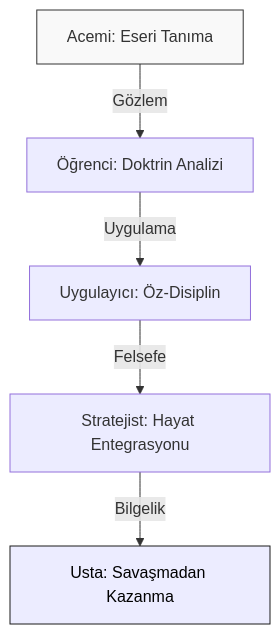
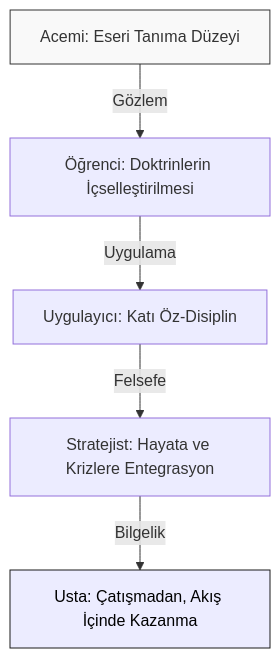
Before and after one commit to arch-yunus/Sun-Tzu-Mastery-The-Art-of-War: the diagram in README.md, drawn with Mermaid. The commit also changed other lines of this file and 1 other file, not shown here.

````diff
--- a/README.md
+++ b/README.md
@@ -39,10 +74,10 @@
 ```mermaid
 graph TD
-    A[Acemi: Eseri Tanıma] -->|Gözlem| B[Öğrenci: Doktrin Analizi]
-    B -->|Uygulama| C[Uygulayıcı: Öz-Disiplin]
-    C -->|Felsefe| D[Stratejist: Hayat Entegrasyonu]
-    D -->|Bilgelik| E[Usta: Savaşmadan Kazanma]
+    A[Acemi: Eseri Tanıma Düzeyi] -->|Gözlem| B[Öğrenci: Doktrinlerin İçselleştirilmesi]
+    B -->|Uygulama| C[Uygulayıcı: Katı Öz-Disiplin]
+    C -->|Felsefe| D[Stratejist: Hayata ve Krizlere Entegrasyon]
+    D -->|Bilgelik| E[Usta: Çatışmadan, Akış İçinde Kazanma]
     
     style A fill:#f9f9f9,stroke:#333
     style E fill:#gold,stroke:#1a1a1a,color:#000
 ```
````
